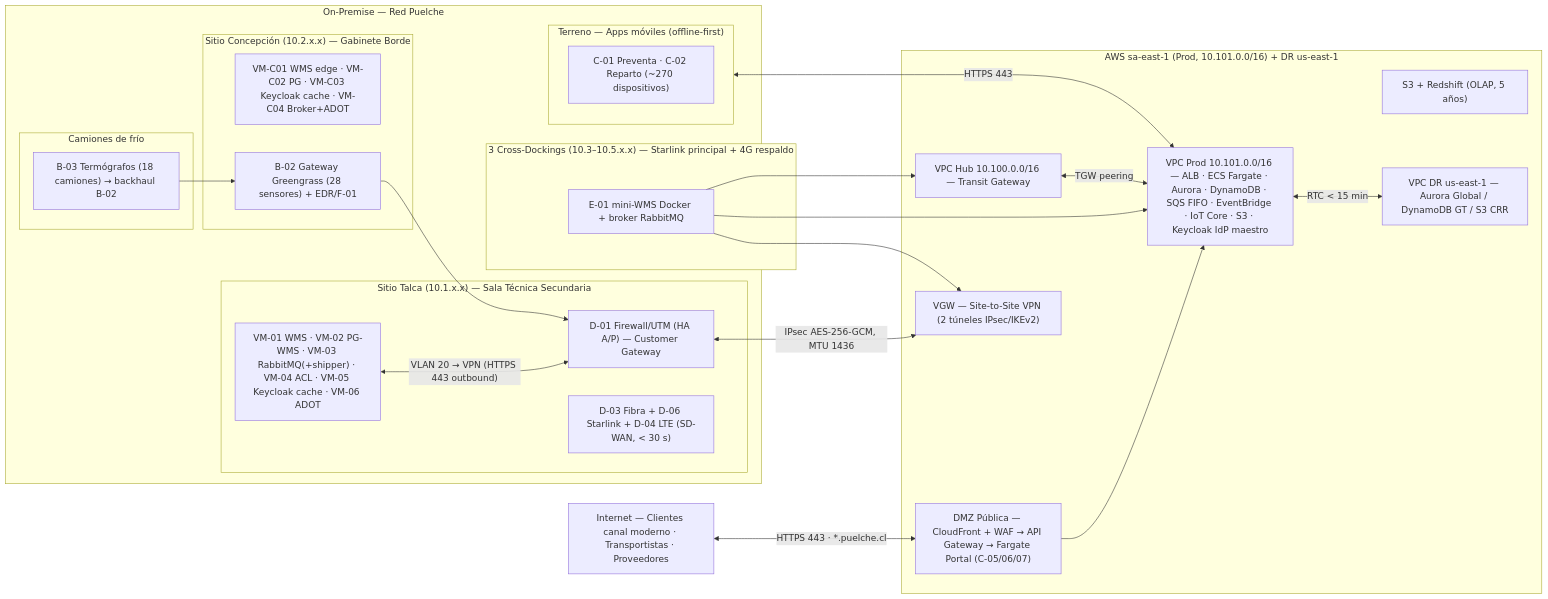
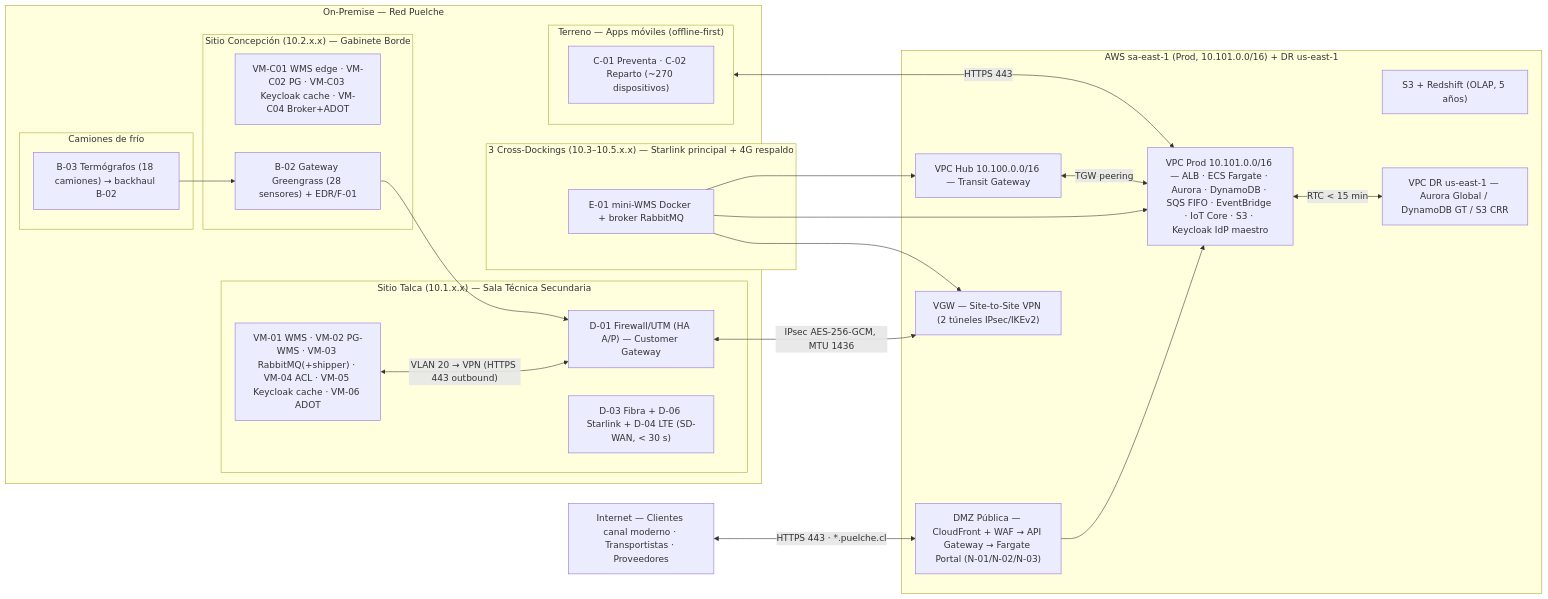
One commit to PatricioH315/LafroX changed the diagram in Arquitectura_Fisica/Arquitectura_Fisica_Hibrida_Consolidada_Caso02_v02.md. Above: the diagram before and after it, drawn with Mermaid. The commit also changed other lines of this file and 11 other files, not shown here.

````diff
--- a/Arquitectura_Fisica/Arquitectura_Fisica_Hibrida_Consolidada_Caso02_v02.md
+++ b/Arquitectura_Fisica/Arquitectura_Fisica_Hibrida_Consolidada_Caso02_v02.md
@@ -109,46 +109,46 @@
 ```mermaid
 flowchart LR
     subgraph ONP["On-Premise — Red Puelche"]
         subgraph TAL["Sitio Talca (10.1.x.x) — Sala Técnica Secundaria"]
             V1["VM-01 WMS · VM-02 PG-WMS · VM-03 RabbitMQ(+shipper) · VM-04 ACL · VM-05 Keycloak cache · VM-06 ADOT"]
             F1["D-01 Firewall/UTM (HA A/P) — Customer Gateway"]
             D2["D-03 Fibra + D-06 Starlink + D-04 LTE (SD-WAN, < 30 s)"]
         end
         subgraph CON["Sitio Concepción (10.2.x.x) — Gabinete Borde"]
             V2["VM-C01 WMS edge · VM-C02 PG · VM-C03 Keycloak cache · VM-C04 Broker+ADOT"]
             G1["B-02 Gateway Greengrass (28 sensores) + EDR/F-01"]
         end
         subgraph CDK["3 Cross-Dockings (10.3–10.5.x.x) — Starlink principal + 4G respaldo"]
             V3["E-01 mini-WMS Docker + broker RabbitMQ"]
         end
         subgraph MOB["Terreno — Apps móviles (offline-first)"]
             A1["C-01 Preventa · C-02 Reparto (~270 dispositivos)"]
         end
         subgraph IOT["Camiones de frío"]
             T1["B-03 Termógrafos (18 camiones) → backhaul B-02"]
         end
     end
 
     subgraph AWS["AWS sa-east-1 (Prod, 10.101.0.0/16) + DR us-east-1"]
         HUB["VPC Hub 10.100.0.0/16 — Transit Gateway"]
         VGW["VGW — Site-to-Site VPN (2 túneles IPsec/IKEv2)"]
         PROD["VPC Prod 10.101.0.0/16 — ALB · ECS Fargate · Aurora · DynamoDB · SQS FIFO · EventBridge · IoT Core · S3 · Keycloak IdP maestro"]
         REDSHIFT["S3 + Redshift (OLAP, 5 años)"]
         DR["VPC DR us-east-1 — Aurora Global / DynamoDB GT / S3 CRR"]
-        DMZ["DMZ Pública — CloudFront + WAF → API Gateway → Fargate Portal (C-05/06/07)"]
+        DMZ["DMZ Pública — CloudFront + WAF → API Gateway → Fargate Portal (N-01/N-02/N-03)"]
     end
     INT["Internet — Clientes canal moderno · Transportistas · Proveedores"]
 
     F1 <--"IPsec AES-256-GCM, MTU 1436"--> VGW
     G1 --> F1
     T1 --> G1
     V3 --> VGW
     V3 --> PROD
     V3 --> HUB
     MOB <--"HTTPS 443"--> PROD
     INT <--"HTTPS 443 · *.puelche.cl"--> DMZ
     DMZ --> PROD
     HUB <--"TGW peering"--> PROD
     PROD <--"RTC < 15 min"--> DR
     V1 <--"VLAN 20 → VPN (HTTPS 443 outbound)"--> F1
 ```
````
